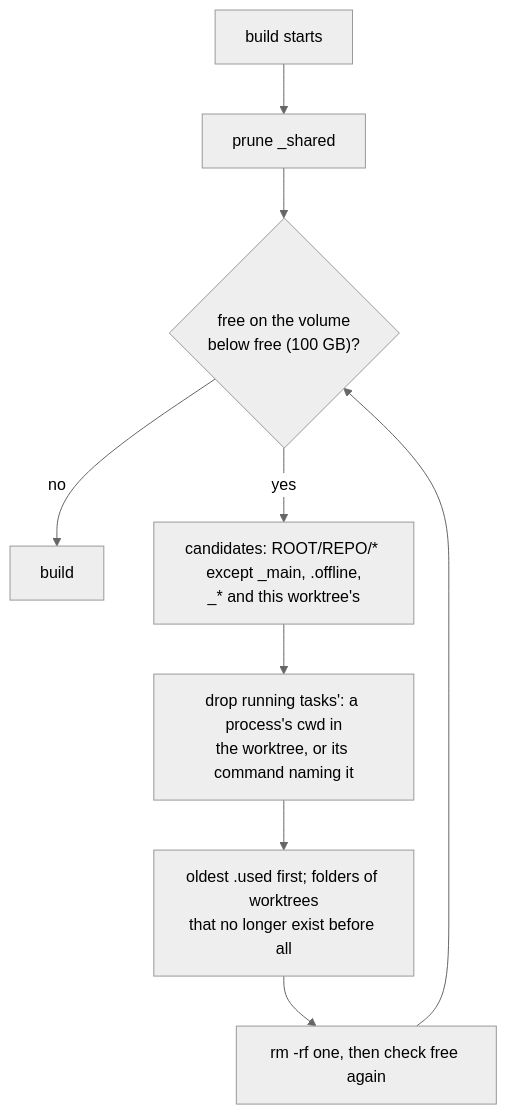
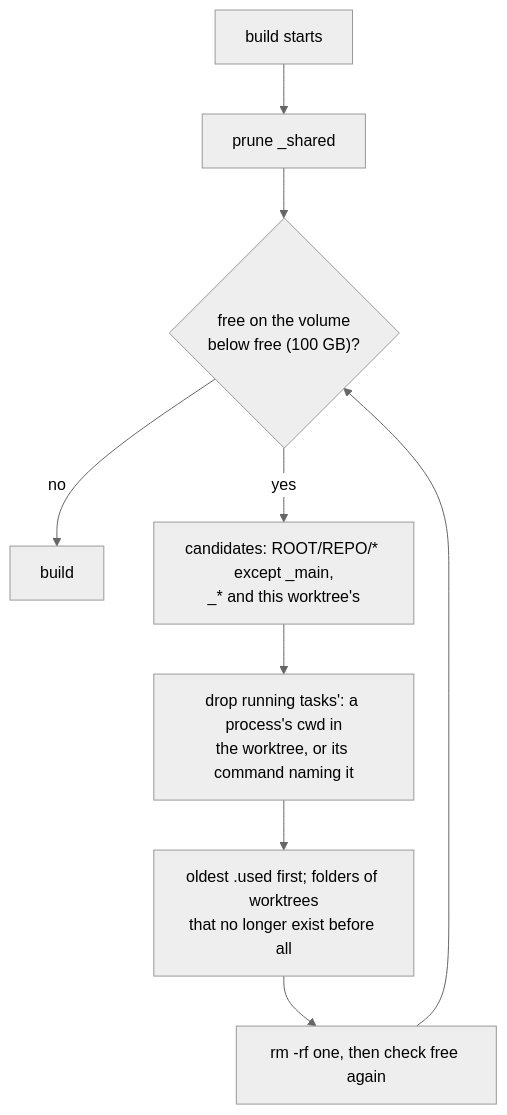
Before and after one commit to tampopogk/kanna: the fourth of 4 diagrams in docs/specs/build-store.md, drawn with Mermaid (neutral theme). The commit also changed other lines of this file and 7 other files, not shown here.

````diff
--- a/docs/specs/build-store.md
+++ b/docs/specs/build-store.md
@@ -145,11 +135,11 @@
 ```mermaid
 flowchart TD
     A["build starts"] --> P["prune _shared"]
     P --> B{"free on the volume<br/>below free (100 GB)?"}
     B -->|no| Z["build"]
-    B -->|yes| C["candidates: ROOT/REPO/* except _main, .offline,<br/>_* and this worktree's"]
+    B -->|yes| C["candidates: ROOT/REPO/* except _main,<br/>_* and this worktree's"]
     C --> D["drop running tasks': a process's cwd in<br/>the worktree, or its command naming it"]
     D --> E["oldest .used first; folders of worktrees<br/>that no longer exist before all"]
     E --> F["rm -rf one, then check free again"]
     F --> B
 ```
````
